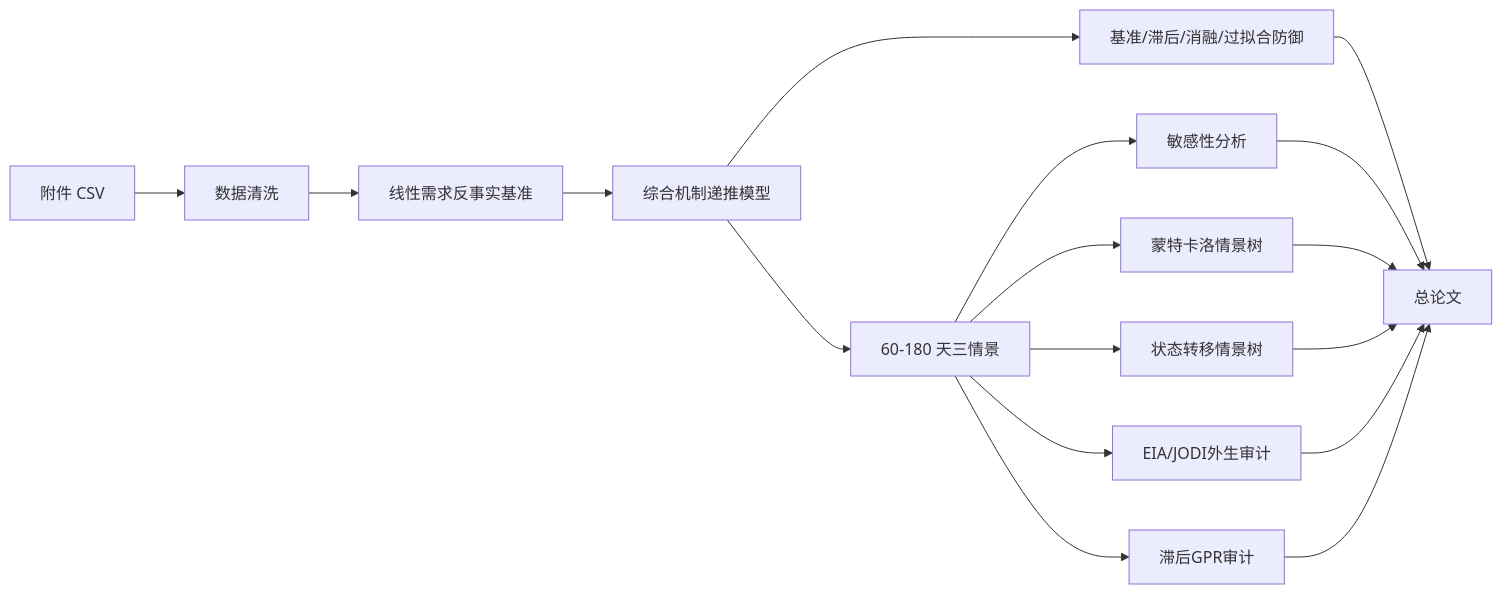
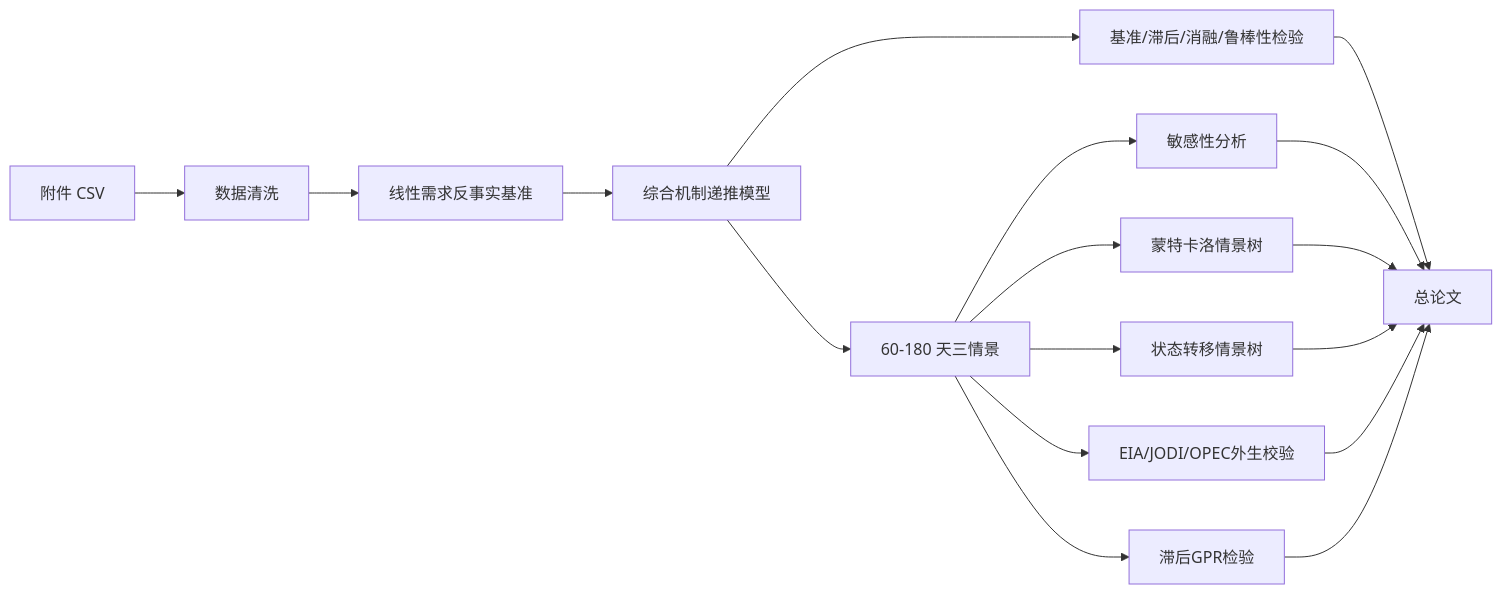
The diagram in docs/01_建模方案.md (Timcai06/-A-), drawn with Mermaid before and after one commit. The commit also changed other lines of this file and 86 other files, not shown here.

````diff
--- a/docs/01_建模方案.md
+++ b/docs/01_建模方案.md
@@ -5,19 +5,19 @@
 ```mermaid
 flowchart LR
     Raw["附件 CSV"] --> Clean["数据清洗"]
     Clean --> Baseline["线性需求反事实基准"]
     Baseline --> Main["综合机制递推模型"]
-    Main --> Defense["基准/滞后/消融/过拟合防御"]
+    Main --> Defense["基准/滞后/消融/鲁棒性检验"]
     Main --> Scenario["60-180 天三情景"]
     Scenario --> Sens["敏感性分析"]
     Scenario --> MC["蒙特卡洛情景树"]
     Scenario --> StateTree["状态转移情景树"]
-    Scenario --> ExternalAudit["EIA/JODI外生审计"]
-    Scenario --> RiskAudit["滞后GPR审计"]
+    Scenario --> ExternalAudit["EIA/JODI/OPEC外生校验"]
+    Scenario --> RiskAudit["滞后GPR检验"]
     Defense --> Paper["总论文"]
     Sens --> Paper
     MC --> Paper
     StateTree --> Paper
     ExternalAudit --> Paper
     RiskAudit --> Paper
 ```
````
